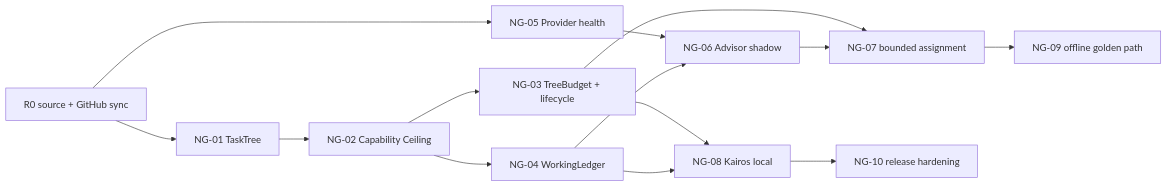
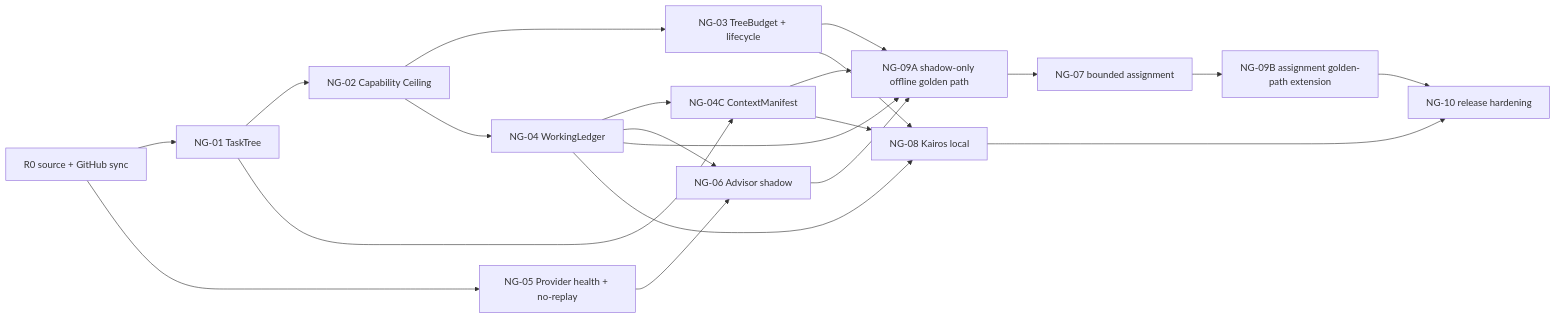
The diagram in docs/LUMEN-NEXTGEN-EXECUTION-BOOK-2026-08-01.md (exergyleizhou-ux/lumen), drawn with Mermaid before and after one commit. The commit also changed other lines of this file, not shown here.

```diff
--- a/docs/LUMEN-NEXTGEN-EXECUTION-BOOK-2026-08-01.md
+++ b/docs/LUMEN-NEXTGEN-EXECUTION-BOOK-2026-08-01.md
@@ -393,16 +438,23 @@
 ~~~mermaid
 flowchart LR
   R0["R0 source + GitHub sync"] --> T1["NG-01 TaskTree"]
   T1 --> C2["NG-02 Capability Ceiling"]
+  T1 --> X4C["NG-04C ContextManifest"]
   C2 --> B3["NG-03 TreeBudget + lifecycle"]
   C2 --> L4["NG-04 WorkingLedger"]
-  R0 --> F5["NG-05 Provider health"]
+  L4 --> X4C
+  R0 --> F5["NG-05 Provider health + no-replay"]
   F5 --> A6["NG-06 Advisor shadow"]
   L4 --> A6
-  B3 --> A7["NG-07 bounded assignment"]
-  A6 --> A7
+  B3 --> G9A["NG-09A shadow-only offline golden path"]
+  L4 --> G9A
+  X4C --> G9A
+  A6 --> G9A
+  G9A --> A7["NG-07 bounded assignment"]
+  A7 --> G9B["NG-09B assignment golden-path extension"]
   B3 --> K8["NG-08 Kairos local"]
   L4 --> K8
-  A7 --> G9["NG-09 offline golden path"]
-  K8 --> G10["NG-10 release hardening"]
+  X4C --> K8
+  G9B --> G10["NG-10 release hardening"]
+  K8 --> G10
 ~~~
```
